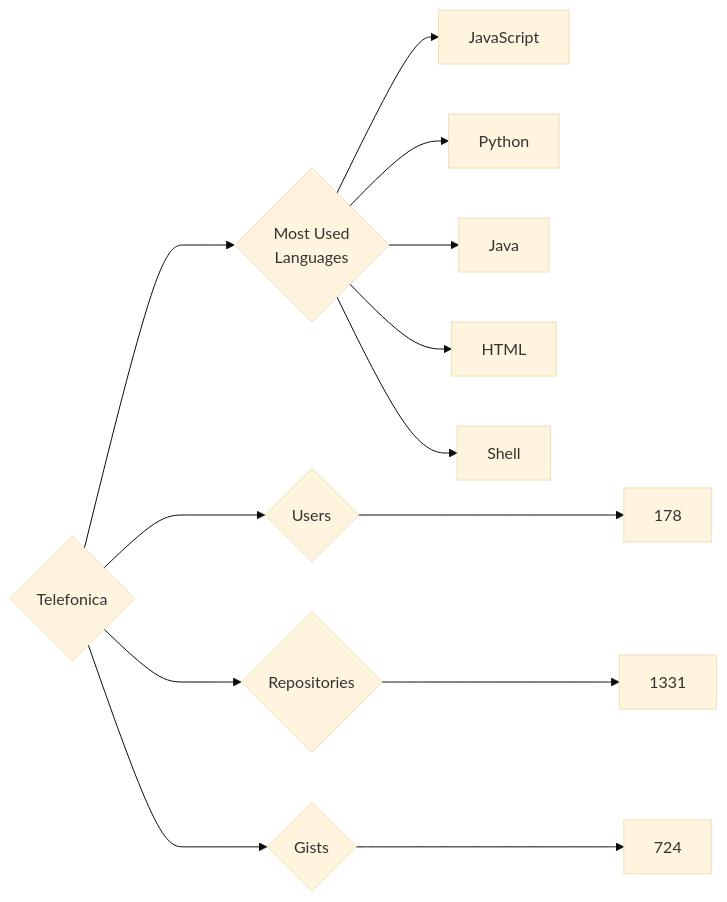
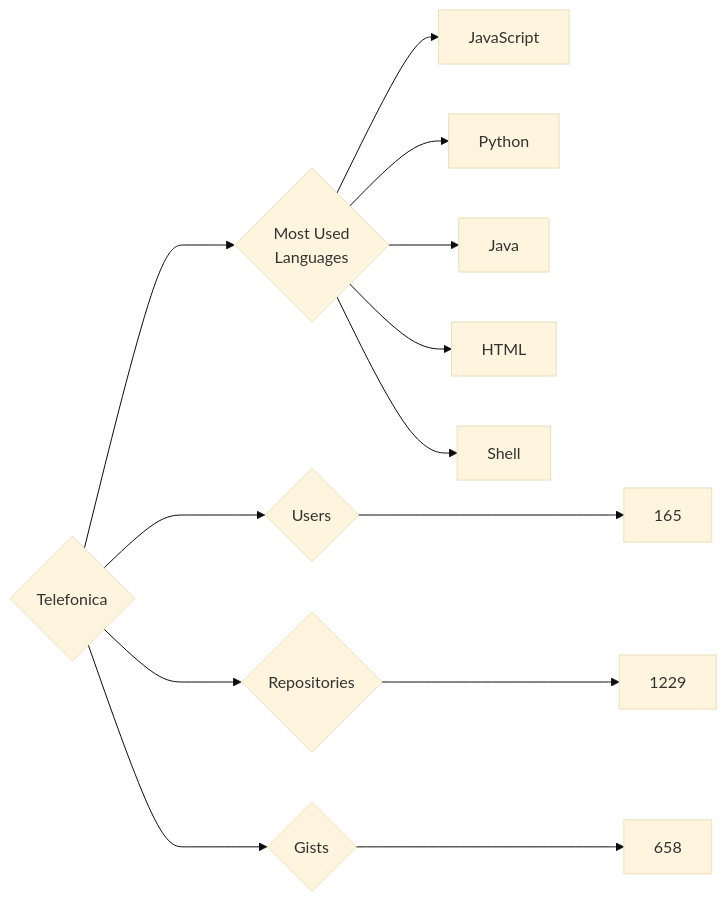
Before and after one commit to trickest/insiders: the diagram in targets/Telefonica/README.md, drawn with Mermaid (base theme). The commit also changed 773 other files, not shown here.

````diff
--- a/targets/Telefonica/README.md
+++ b/targets/Telefonica/README.md
@@ -3,13 +3,13 @@
 ```mermaid
 graph LR
 COMPANY_NAME{Telefonica}
-COMPANY_NAME ---> U{Users} ---> UN[178]
-COMPANY_NAME ---> R{Repositories} ---> RN[1331]
-COMPANY_NAME ---> G{Gists} ---> GN[724]
+COMPANY_NAME ---> U{Users} ---> UN[165]
+COMPANY_NAME ---> R{Repositories} ---> RN[1229]
+COMPANY_NAME ---> G{Gists} ---> GN[658]
 COMPANY_NAME ---> ML{Most Used<br>Languages}
 ML --> JavaScript[JavaScript]
 ML --> Python[Python]
 ML --> Java[Java]
 ML --> HTML[HTML]
 ML --> Shell[Shell]
 ```
````
